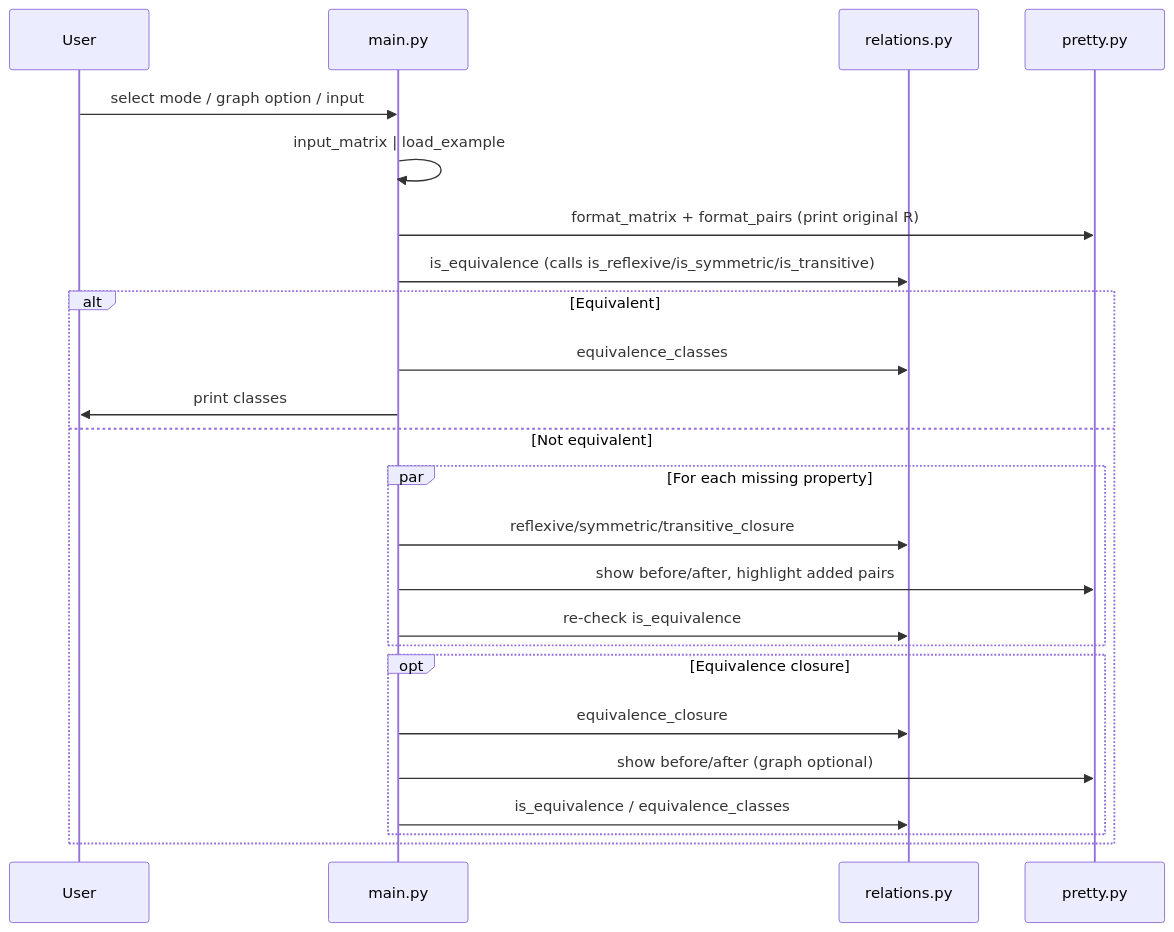
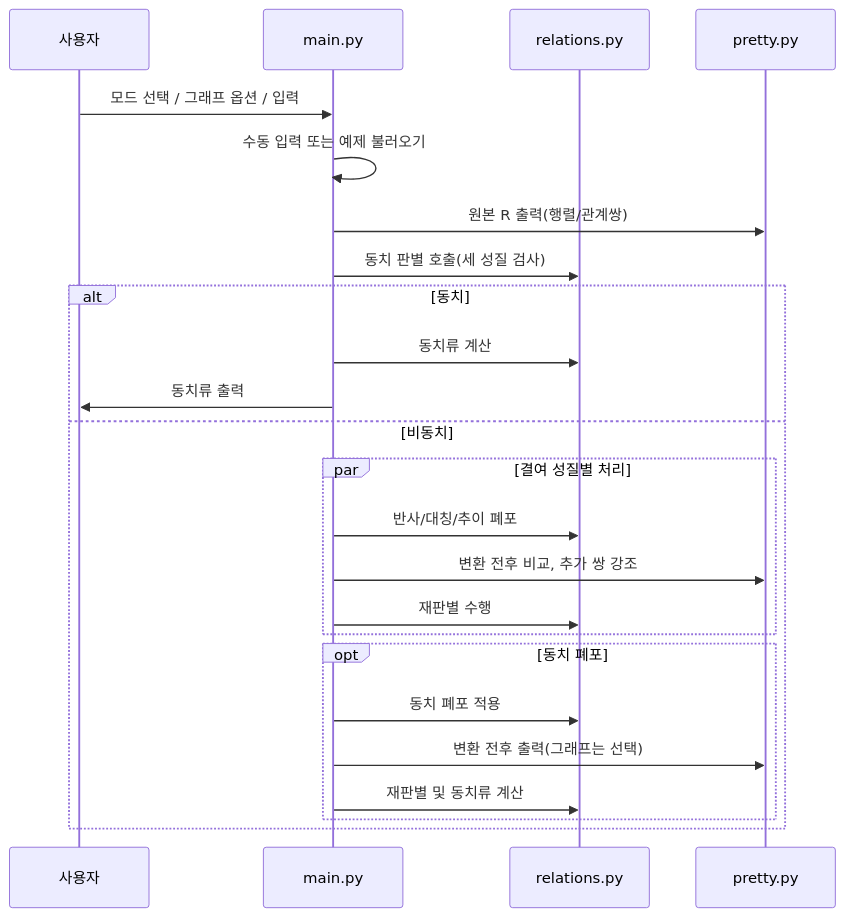
Before and after one commit to mrpc2003/Equivalence-Relationship-Discriminator: the third of 3 diagrams in README.md, drawn with Mermaid. The commit also changed other lines of this file, not shown here.

Commit message:
docs: Koreanize Mermaid diagram labels while keeping parser-friendly syntax

````diff
--- a/README.md
+++ b/README.md
@@ -127,27 +127,27 @@
 ```mermaid
 sequenceDiagram
-  participant U as User
+  participant U as 사용자
   participant M as main.py
   participant R as relations.py
   participant P as pretty.py
 
-  U->>M: select mode / graph option / input
-  M->>M: input_matrix | load_example
-  M->>P: format_matrix + format_pairs (print original R)
-  M->>R: is_equivalence (calls is_reflexive/is_symmetric/is_transitive)
-  alt Equivalent
-    M->>R: equivalence_classes
-    M->>U: print classes
-  else Not equivalent
-    par For each missing property
-      M->>R: reflexive/symmetric/transitive_closure
-      M->>P: show before/after, highlight added pairs
-      M->>R: re-check is_equivalence
+  U->>M: 모드 선택 / 그래프 옵션 / 입력
+  M->>M: 수동 입력 또는 예제 불러오기
+  M->>P: 원본 R 출력(행렬/관계쌍)
+  M->>R: 동치 판별 호출(세 성질 검사)
+  alt 동치
+    M->>R: 동치류 계산
+    M->>U: 동치류 출력
+  else 비동치
+    par 결여 성질별 처리
+      M->>R: 반사/대칭/추이 폐포
+      M->>P: 변환 전후 비교, 추가 쌍 강조
+      M->>R: 재판별 수행
     end
-    opt Equivalence closure
-      M->>R: equivalence_closure
-      M->>P: show before/after (graph optional)
-      M->>R: is_equivalence / equivalence_classes
+    opt 동치 폐포
+      M->>R: 동치 폐포 적용
+      M->>P: 변환 전후 출력(그래프는 선택)
+      M->>R: 재판별 및 동치류 계산
     end
   end
 ```
````
